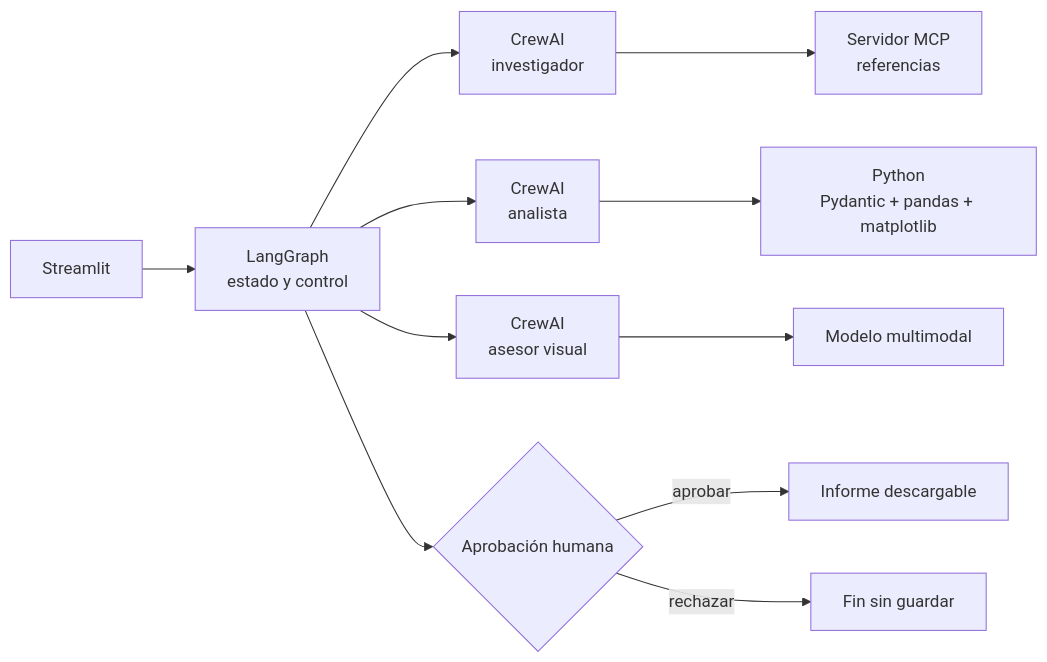
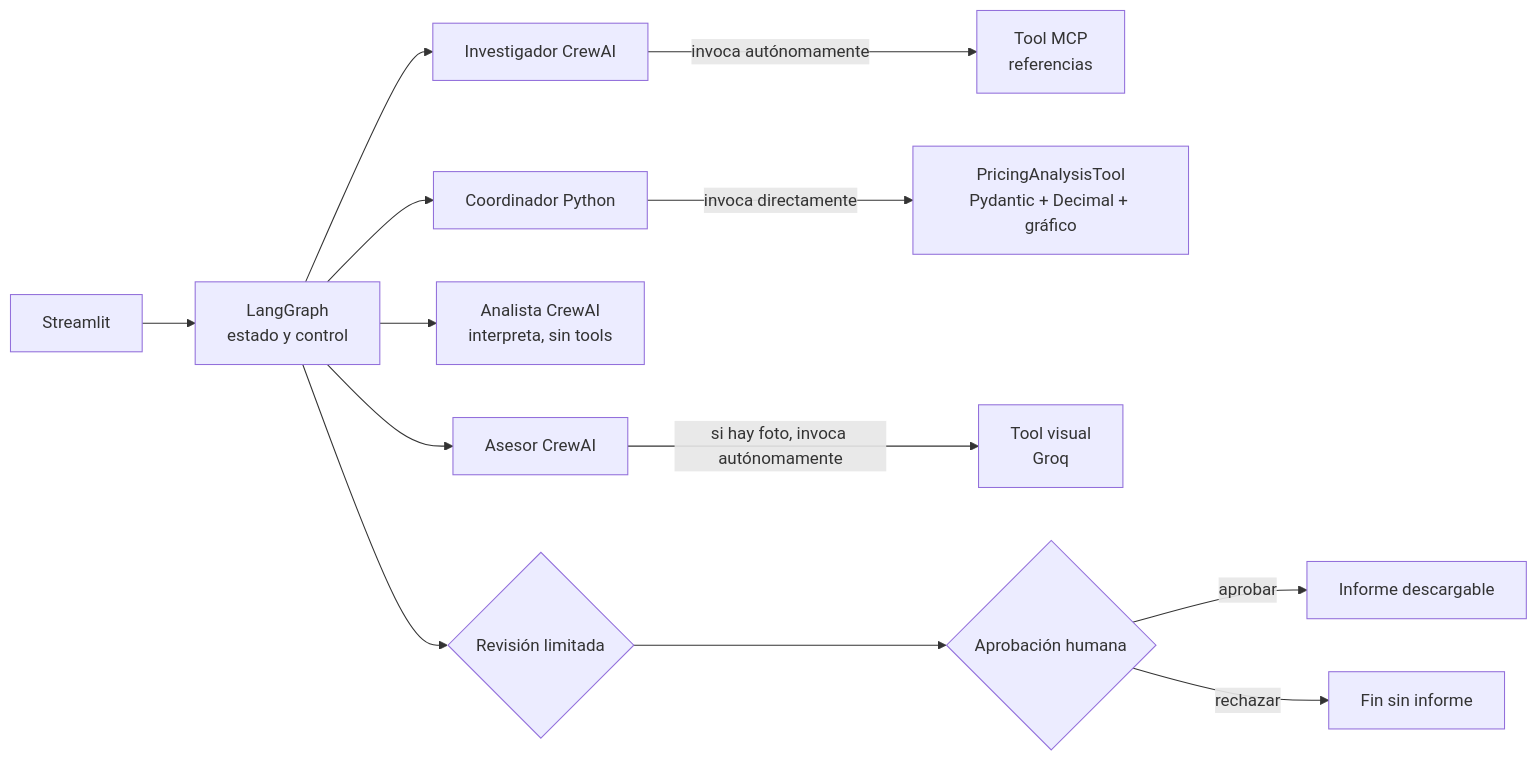
The diagram in README.md (elenacarino-max/AmiguPrecio), drawn with Mermaid before and after one commit. The commit also changed other lines of this file and 4 other files, not shown here.

````diff
--- a/README.md
+++ b/README.md
@@ -22,13 +31,15 @@
 ```mermaid
 flowchart LR
-    UI[Streamlit] --> LG[LangGraph\nestado y control]
-    LG --> A1[CrewAI\ninvestigador]
-    LG --> A2[CrewAI\nanalista]
-    LG --> A3[CrewAI\nasesor visual]
-    A1 --> MCP[Servidor MCP\nreferencias]
-    A2 --> PY[Python\nPydantic + pandas + matplotlib]
-    A3 --> V[Modelo multimodal]
-    LG --> HITL{Aprobación humana}
-    HITL -->|aprobar| REPORT[Informe descargable]
-    HITL -->|rechazar| END[Fin sin guardar]
+    UI[Streamlit] --> LG[LangGraph<br/>estado y control]
+    LG --> R[Investigador CrewAI]
+    R -->|invoca autónomamente| MCP[Tool MCP<br/>referencias]
+    LG --> COORD[Coordinador Python]
+    COORD -->|invoca directamente| CALC[PricingAnalysisTool<br/>Pydantic + Decimal + gráfico]
+    LG --> AN[Analista CrewAI<br/>interpreta, sin tools]
+    LG --> AD[Asesor CrewAI]
+    AD -->|si hay foto, invoca autónomamente| VIS[Tool visual<br/>Groq]
+    LG --> REV{Revisión limitada}
+    REV --> HITL{Aprobación humana}
+    HITL -->|aprobar| REP[Informe descargable]
+    HITL -->|rechazar| END[Fin sin informe]
 ```
````
